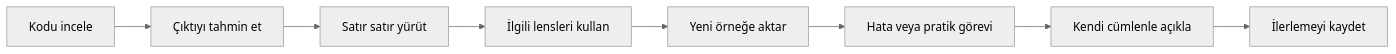
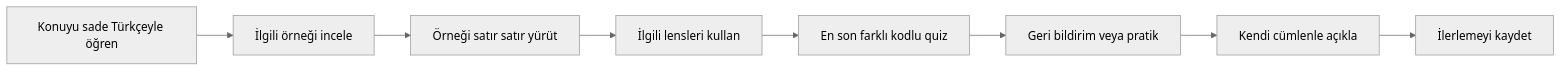
One commit to ataanuysal/softgrillmeapp changed the first of 4 diagrams in DESIGN.md. Above: the diagram before and after it, drawn with Mermaid (neutral theme). The commit also changed other lines of this file and 15 other files, not shown here.

````diff
--- a/DESIGN.md
+++ b/DESIGN.md
@@ -9,10 +9,10 @@
 ```mermaid
 flowchart LR
-  A["Kodu incele"] --> B["Çıktıyı tahmin et"]
-  B --> C["Satır satır yürüt"]
+  A["Konuyu sade Türkçeyle öğren"] --> B["İlgili örneği incele"]
+  B --> C["Örneği satır satır yürüt"]
   C --> D["İlgili lensleri kullan"]
-  D --> E["Yeni örneğe aktar"]
-  E --> F["Hata veya pratik görevi"]
+  D --> E["En son farklı kodlu quiz"]
+  E --> F["Geri bildirim veya pratik"]
   F --> G["Kendi cümlenle açıkla"]
   G --> H["İlerlemeyi kaydet"]
 ```
````
